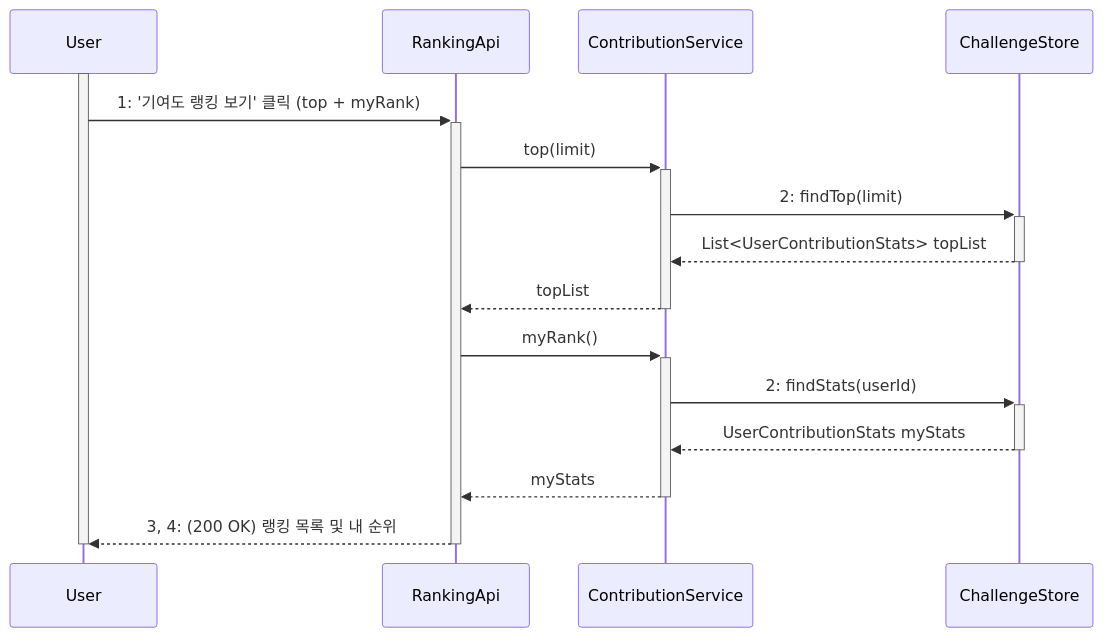
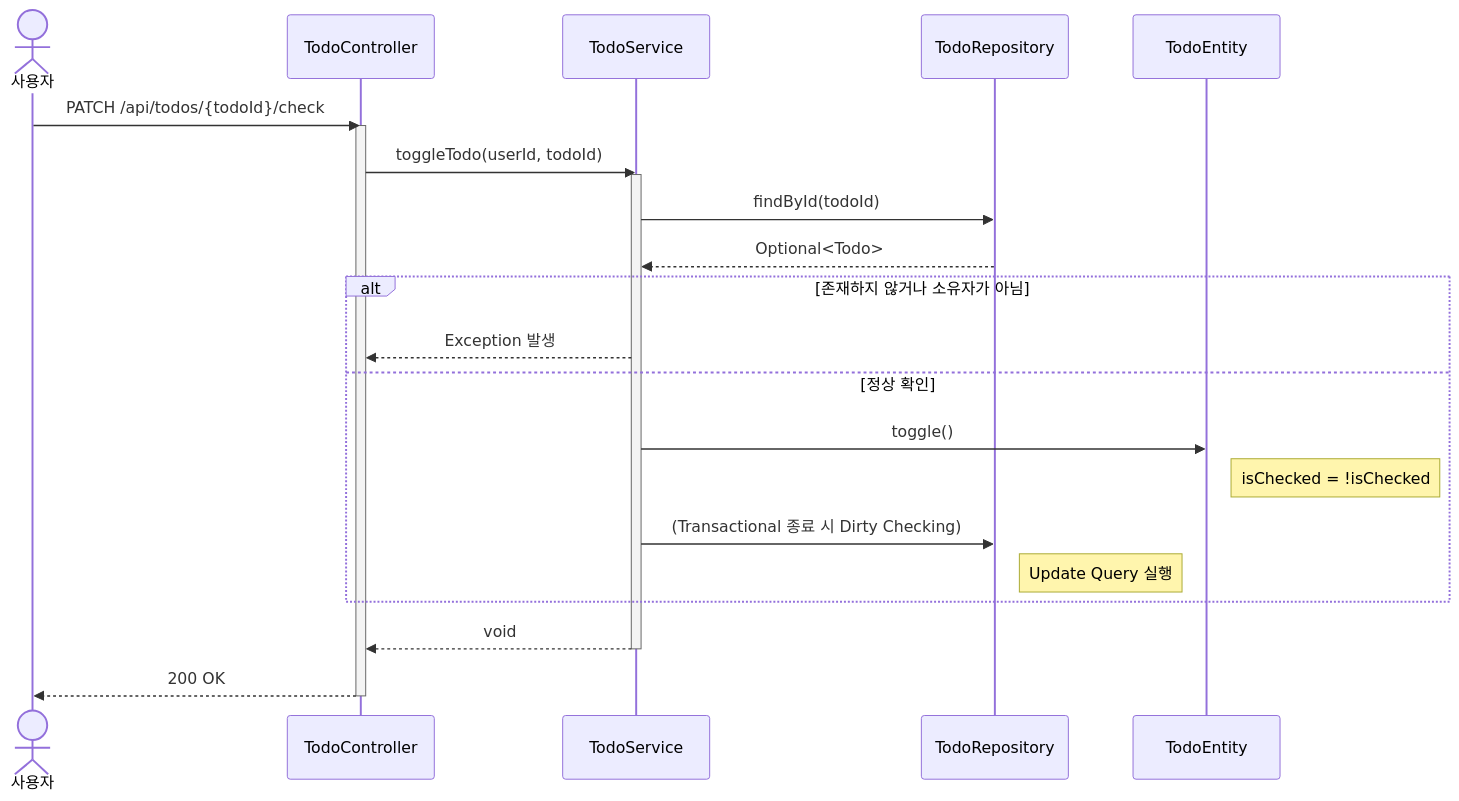
Before and after one commit to OHWCH/se_dev: diagram 41 of 43 in SDS_[깃라잡이].md, drawn with Mermaid. The commit also changed other lines of this file, not shown here.

First line of the commit message:
이슈,기여도,도전과제,투두리스트 시퀀스다이어그램

````diff
--- a/SDS_[깃라잡이].md
+++ b/SDS_[깃라잡이].md
@@ -6081,24 +6042,33 @@
 ```mermaid
 sequenceDiagram
-    participant User
-    participant RankingApi
-    participant ContributionService
-    participant ChallengeStore
+    actor User as 사용자
+    participant Controller as TodoController
+    participant Service as TodoService
+    participant Repo as TodoRepository
+    participant Entity as TodoEntity
 
-    activate User
-    User->>+RankingApi: 1: '기여도 랭킹 보기' 클릭 (top + myRank)
+    User->>Controller: PATCH /api/todos/{todoId}/check
+    activate Controller
     
-    RankingApi->>+ContributionService: top(limit)
-    ContributionService->>+ChallengeStore: 2: findTop(limit)
-    ChallengeStore-->>-ContributionService: List<UserContributionStats> topList
-    ContributionService-->>-RankingApi: topList
+    Controller->>Service: toggleTodo(userId, todoId)
+    activate Service
     
-    RankingApi->>+ContributionService: myRank()
-    ContributionService->>+ChallengeStore: 2: findStats(userId)
-    ChallengeStore-->>-ContributionService: UserContributionStats myStats
-    ContributionService-->>-RankingApi: myStats
+    Service->>Repo: findById(todoId)
+    Repo-->>Service: Optional<Todo>
     
-    RankingApi-->>User: 3, 4: (200 OK) 랭킹 목록 및 내 순위
-    deactivate RankingApi
-    deactivate User
+    alt 존재하지 않거나 소유자가 아님
+        Service-->>Controller: Exception 발생
+    else 정상 확인
+        Service->>Entity: toggle()
+        Note right of Entity: isChecked = !isChecked
+        
+        Service->>Repo: (Transactional 종료 시 Dirty Checking)
+        Note right of Repo: Update Query 실행
+    end
+    
+    Service-->>Controller: void
+    deactivate Service
+    
+    Controller-->>User: 200 OK
+    deactivate Controller
 ```
````
